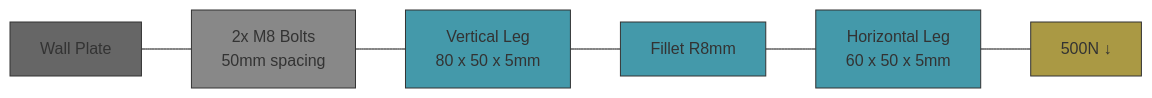
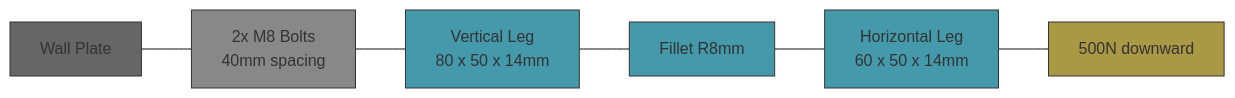
Before and after one commit to engineering-with-ai/mechanical-base: the diagram in readme.md, drawn with Mermaid (base theme). The commit also changed other lines of this file, not shown here.

````diff
--- a/readme.md
+++ b/readme.md
@@ -12,15 +14,15 @@
 ```mermaid
 graph LR
-    WALL["Wall Plate"] --- BOLTS["2x M8 Bolts<br/>50mm spacing"]
-    BOLTS --- VERT["Vertical Leg<br/>80 x 50 x 5mm"]
+    WALL["Wall Plate"] --- BOLTS["2x M8 Bolts<br/>40mm spacing"]
+    BOLTS --- VERT["Vertical Leg<br/>80 x 50 x 14mm"]
     VERT --- BEND["Fillet R8mm"]
-    BEND --- HORIZ["Horizontal Leg<br/>60 x 50 x 5mm"]
-    HORIZ --- LOAD["500N ↓"]
+    BEND --- HORIZ["Horizontal Leg<br/>60 x 50 x 14mm"]
+    HORIZ --- LOAD["500N downward"]
 
     style WALL fill:#666,stroke:#333
     style BOLTS fill:#888,stroke:#333
     style VERT fill:#49a,stroke:#333
     style BEND fill:#49a,stroke:#333
     style HORIZ fill:#49a,stroke:#333
     style LOAD fill:#a94,stroke:#333
 ```
````
